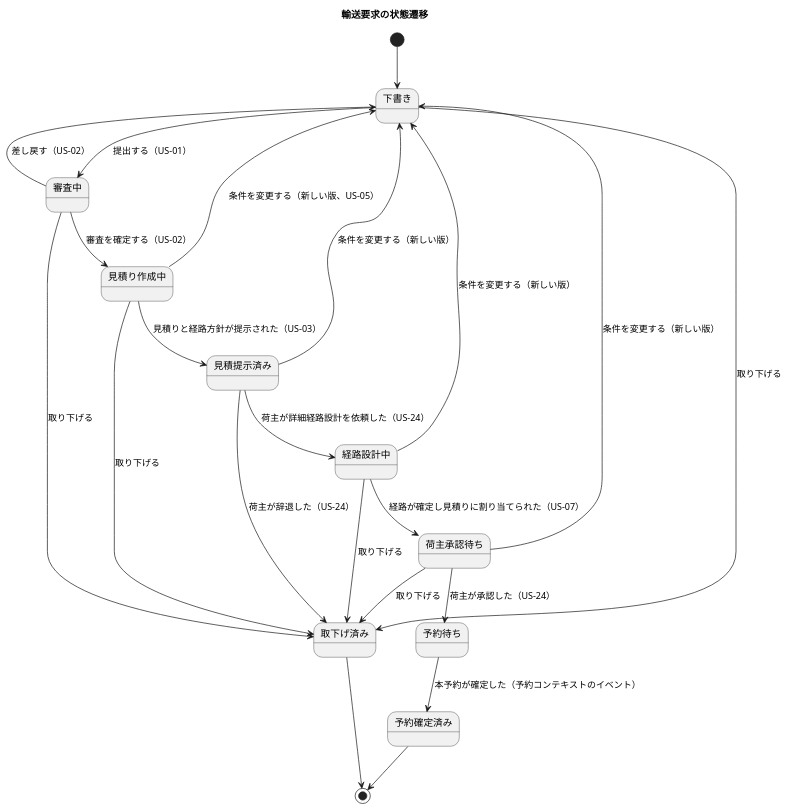
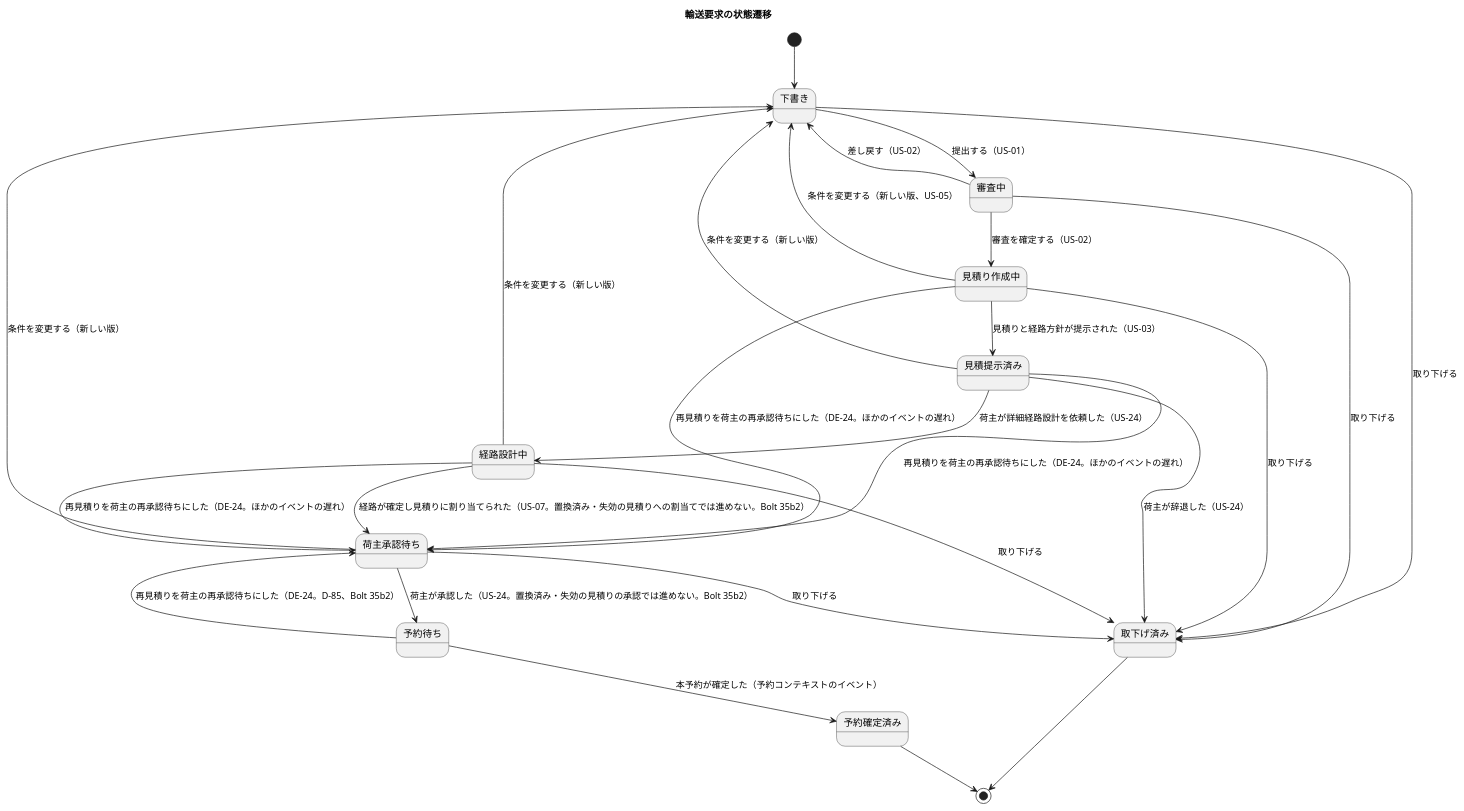
The fourth of 23 diagrams in docs/design/cargo-tracker/domain_model.md (k2works/practical-domain-driven-design-in-enterpris-application), drawn with PlantUML before and after one commit. The commit also changed other lines of this file and 9 other files, not shown here.

````diff
--- a/docs/design/cargo-tracker/domain_model.md
+++ b/docs/design/cargo-tracker/domain_model.md
@@ -465,26 +467,30 @@
 ```plantuml
 @startuml
 title 輸送要求の状態遷移
 [*] --> 下書き
 下書き --> 審査中 : 提出する（US-01）
 審査中 --> 下書き : 差し戻す（US-02）
 審査中 --> 見積り作成中 : 審査を確定する（US-02）
 見積り作成中 --> 見積提示済み : 見積りと経路方針が提示された（US-03）
 見積提示済み --> 経路設計中 : 荷主が詳細経路設計を依頼した（US-24）
-経路設計中 --> 荷主承認待ち : 経路が確定し見積りに割り当てられた（US-07）
-荷主承認待ち --> 予約待ち : 荷主が承認した（US-24）
+経路設計中 --> 荷主承認待ち : 経路が確定し見積りに割り当てられた（US-07。置換済み・失効の見積りへの割当てでは進めない。Bolt 35b2）
+荷主承認待ち --> 予約待ち : 荷主が承認した（US-24。置換済み・失効の見積りの承認では進めない。Bolt 35b2）
+予約待ち --> 荷主承認待ち : 再見積りを荷主の再承認待ちにした（DE-24。D-85、Bolt 35b2）
+見積り作成中 --> 荷主承認待ち : 再見積りを荷主の再承認待ちにした（DE-24。ほかのイベントの遅れ）
+見積提示済み --> 荷主承認待ち : 再見積りを荷主の再承認待ちにした（DE-24。ほかのイベントの遅れ）
+経路設計中 --> 荷主承認待ち : 再見積りを荷主の再承認待ちにした（DE-24。ほかのイベントの遅れ）
 予約待ち --> 予約確定済み : 本予約が確定した（予約コンテキストのイベント）
 見積り作成中 --> 下書き : 条件を変更する（新しい版、US-05）
 見積提示済み --> 下書き : 条件を変更する（新しい版）
 経路設計中 --> 下書き : 条件を変更する（新しい版）
 荷主承認待ち --> 下書き : 条件を変更する（新しい版）
 見積提示済み --> 取下げ済み : 荷主が辞退した（US-24）
 下書き --> 取下げ済み : 取り下げる
 審査中 --> 取下げ済み : 取り下げる
 見積り作成中 --> 取下げ済み : 取り下げる
 経路設計中 --> 取下げ済み : 取り下げる
 荷主承認待ち --> 取下げ済み : 取り下げる
 予約確定済み --> [*]
 取下げ済み --> [*]
 @enduml
 ```
````
